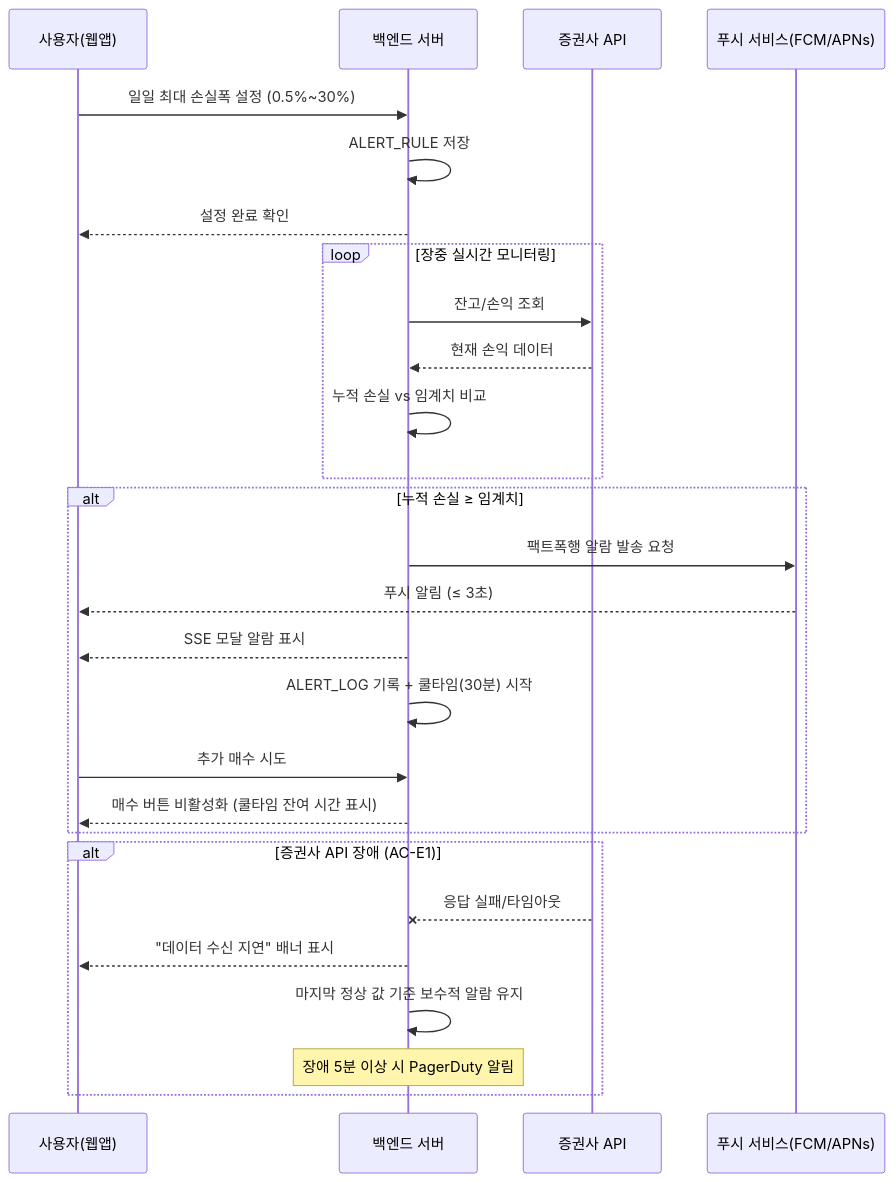
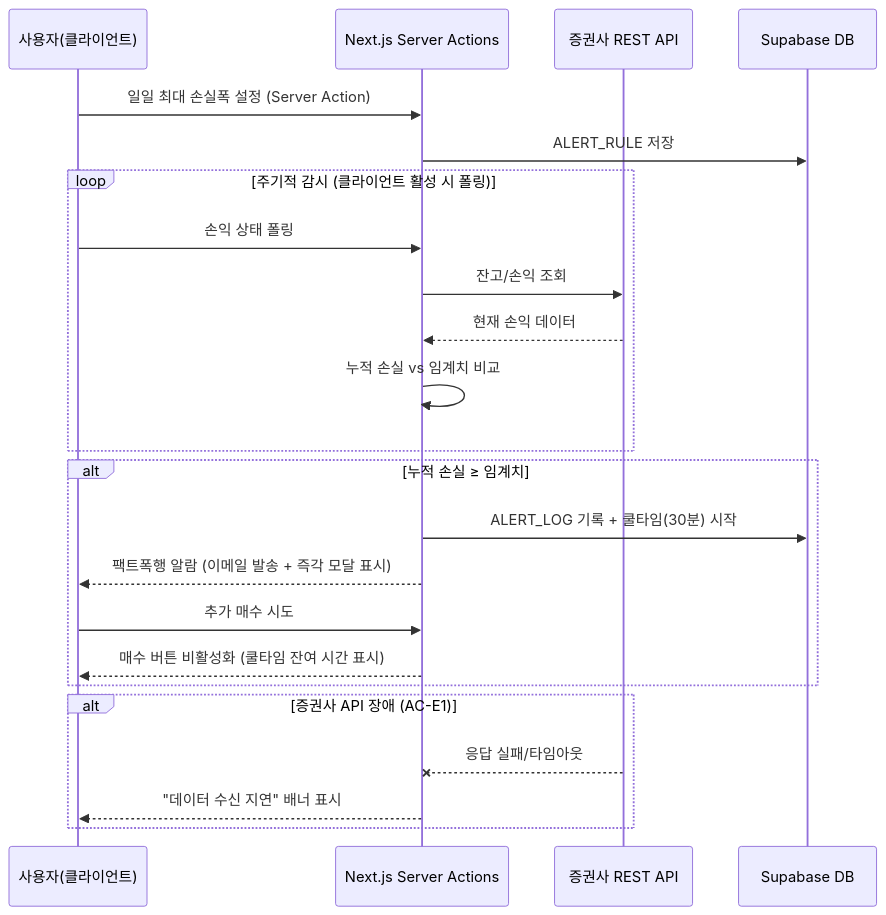
The third of 10 diagrams in SRS-Drafts/SRS_v0_1_Opus.md (innovate5945/SRS-from-PRD-Youtuber), drawn with Mermaid before and after one commit. The commit also changed other lines of this file and 5 other files, not shown here.

````diff
--- a/SRS-Drafts/SRS_v0_1_Opus.md
+++ b/SRS-Drafts/SRS_v0_1_Opus.md
@@ -264,33 +252,29 @@
 ```mermaid
 sequenceDiagram
-    participant U as 사용자(웹앱)
-    participant S as 백엔드 서버
-    participant B as 증권사 API
-    participant P as 푸시 서비스(FCM/APNs)
+    participant U as 사용자(클라이언트)
+    participant S as Next.js Server Actions
+    participant B as 증권사 REST API
+    participant DB as Supabase DB
 
-    U->>S: 일일 최대 손실폭 설정 (0.5%~30%)
-    S->>S: ALERT_RULE 저장
-    S-->>U: 설정 완료 확인
+    U->>S: 일일 최대 손실폭 설정 (Server Action)
+    S->>DB: ALERT_RULE 저장
 
-    loop 장중 실시간 모니터링
+    loop 주기적 감시 (클라이언트 활성 시 폴링)
+        U->>S: 손익 상태 폴링
         S->>B: 잔고/손익 조회
         B-->>S: 현재 손익 데이터
         S->>S: 누적 손실 vs 임계치 비교
     end
 
     alt 누적 손실 ≥ 임계치
-        S->>P: 팩트폭행 알람 발송 요청
-        P-->>U: 푸시 알림 (≤ 3초)
-        S-->>U: SSE 모달 알람 표시
-        S->>S: ALERT_LOG 기록 + 쿨타임(30분) 시작
+        S->>DB: ALERT_LOG 기록 + 쿨타임(30분) 시작
+        S-->>U: 팩트폭행 알람 (이메일 발송 + 즉각 모달 표시)
         U->>S: 추가 매수 시도
         S-->>U: 매수 버튼 비활성화 (쿨타임 잔여 시간 표시)
     end
 
     alt 증권사 API 장애 (AC-E1)
         B--xS: 응답 실패/타임아웃
         S-->>U: "데이터 수신 지연" 배너 표시
-        S->>S: 마지막 정상 값 기준 보수적 알람 유지
-        Note over S: 장애 5분 이상 시 PagerDuty 알림
     end
 ```
````
